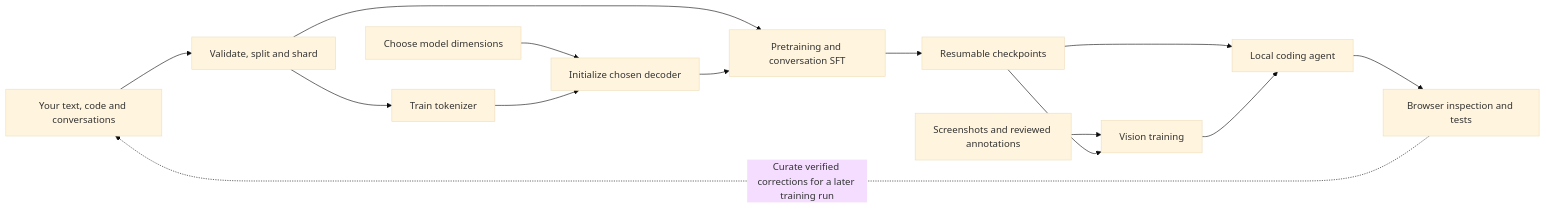
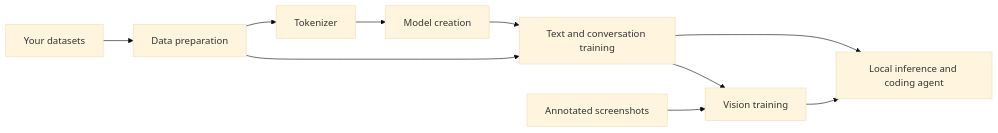
Before and after one commit to studiochampgauche/champ-llm: the diagram in README.md, drawn with Mermaid (base theme). The commit also changed other lines of this file and 11 other files, not shown here.

````diff
--- a/README.md
+++ b/README.md
@@ -38,16 +35,12 @@
 ```mermaid
 flowchart LR
-    A["Your text, code and conversations"] --> B["Validate, split and shard"]
-    B --> C["Train tokenizer"]
-    P["Choose model dimensions"] --> D["Initialize chosen decoder"]
-    C --> D
-    B --> E["Pretraining and conversation SFT"]
+    A["Your datasets"] --> B["Data preparation"]
+    B --> C["Tokenizer"]
+    C --> D["Model creation"]
+    B --> E["Text and conversation training"]
     D --> E
-    E --> F["Resumable checkpoints"]
-    G["Screenshots and reviewed annotations"] --> H["Vision training"]
-    F --> H
-    F --> I["Local coding agent"]
-    H --> I
-    I --> J["Browser inspection and tests"]
-    J -. "Curate verified corrections for a later training run" .-> A
+    E --> F["Local inference and coding agent"]
+    G["Annotated screenshots"] --> H["Vision training"]
+    E --> H
+    H --> F
 ```
````
